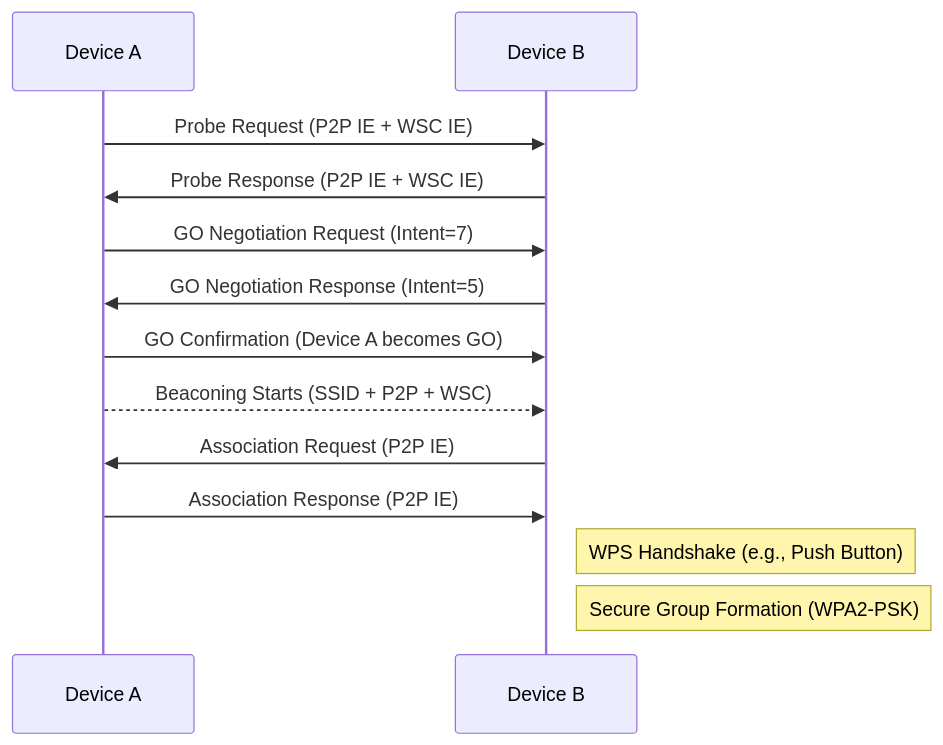
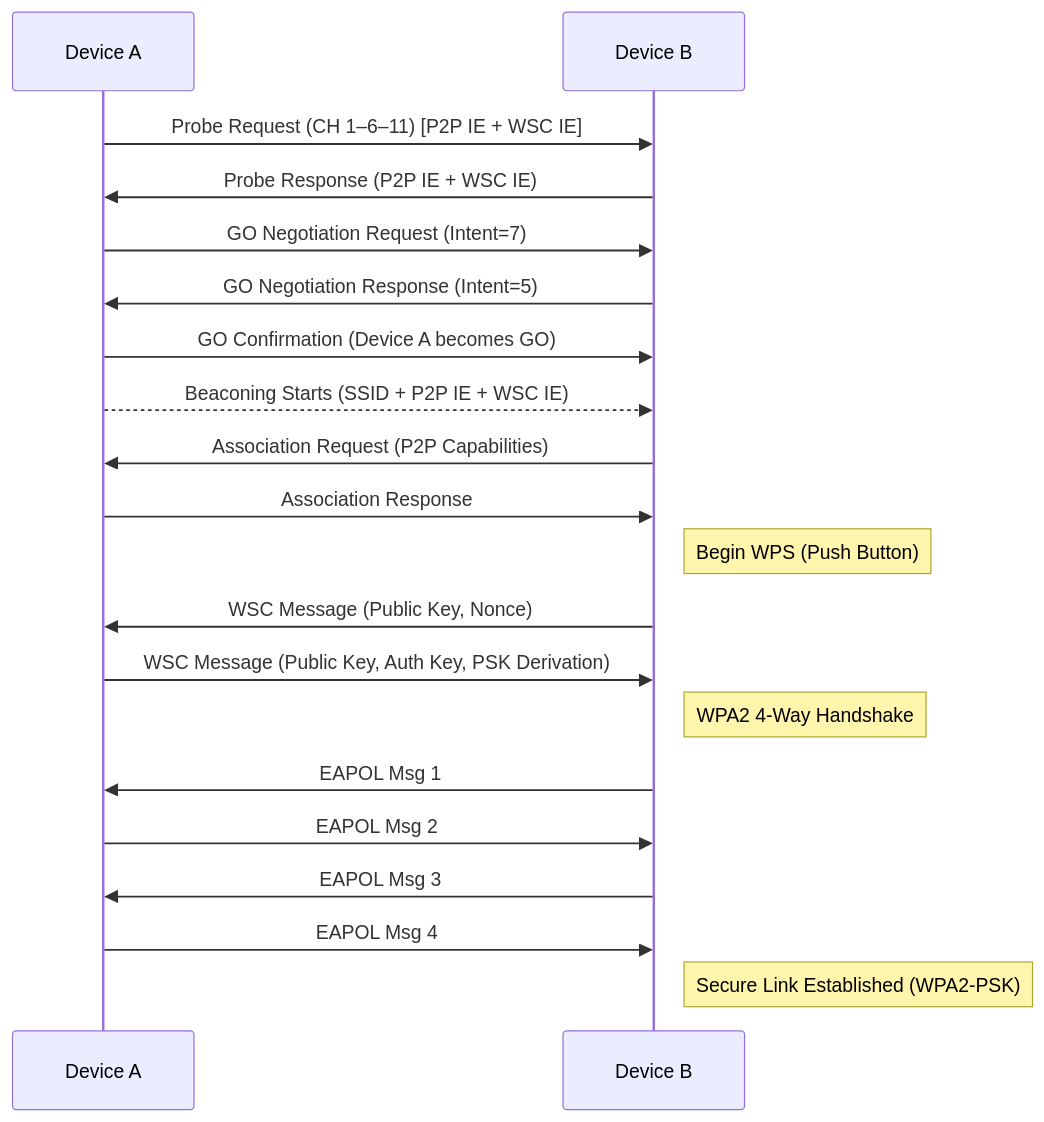
The first of 3 diagrams in wlan.md (shivaprasad2394/c), drawn with Mermaid before and after one commit. The commit also changed other lines of this file, not shown here.

````diff
--- a/wlan.md
+++ b/wlan.md
@@ -136,20 +225,29 @@
 ```mermaid
 sequenceDiagram
     participant Device A
     participant Device B
 
-    Device A->>Device B: Probe Request (P2P IE + WSC IE)
+    Device A->>Device B: Probe Request (CH 1–6–11) [P2P IE + WSC IE]
     Device B->>Device A: Probe Response (P2P IE + WSC IE)
 
     Device A->>Device B: GO Negotiation Request (Intent=7)
     Device B->>Device A: GO Negotiation Response (Intent=5)
     Device A->>Device B: GO Confirmation (Device A becomes GO)
 
-    Device A-->>Device B: Beaconing Starts (SSID + P2P + WSC)
+    Device A-->>Device B: Beaconing Starts (SSID + P2P IE + WSC IE)
 
-    Device B->>Device A: Association Request (P2P IE)
-    Device A->>Device B: Association Response (P2P IE)
+    Device B->>Device A: Association Request (P2P Capabilities)
+    Device A->>Device B: Association Response
 
-    Note right of Device B: WPS Handshake (e.g., Push Button)
-    Note right of Device B: Secure Group Formation (WPA2-PSK)
+    Note right of Device B: Begin WPS (Push Button)
+    Device B->>Device A: WSC Message (Public Key, Nonce)
+    Device A->>Device B: WSC Message (Public Key, Auth Key, PSK Derivation)
+
+    Note right of Device B: WPA2 4-Way Handshake
+    Device B->>Device A: EAPOL Msg 1
+    Device A->>Device B: EAPOL Msg 2
+    Device B->>Device A: EAPOL Msg 3
+    Device A->>Device B: EAPOL Msg 4
+
+    Note right of Device B: Secure Link Established (WPA2-PSK)
 ```
````
